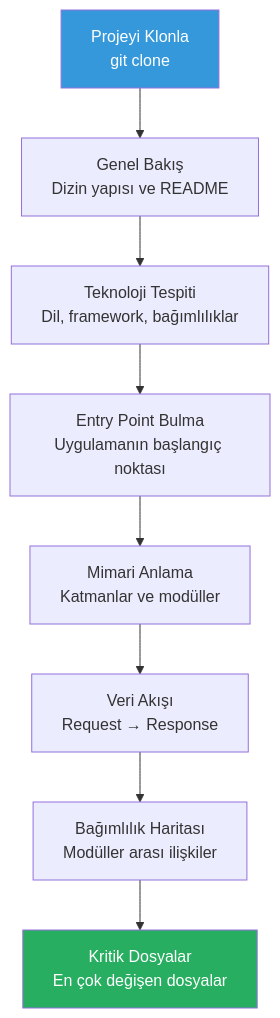
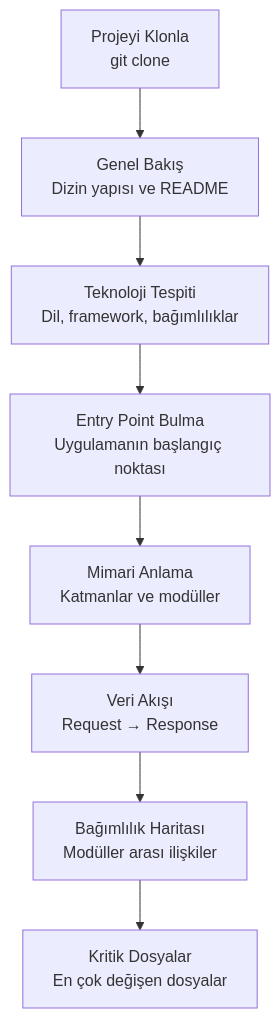
One commit to IzzetYasinAtes/ClaudeCodeHandbook changed the diagram in 20-pratik-senaryolar/01-proje-kesfetme.md. Above: the diagram before and after it, drawn with Mermaid. The commit also changed 97 other files, not shown here.

Commit message:
Remove all custom Mermaid style/fill colors from 98 markdown files for consistent dark theme rendering

````diff
--- a/20-pratik-senaryolar/01-proje-kesfetme.md
+++ b/20-pratik-senaryolar/01-proje-kesfetme.md
@@ -18,13 +18,10 @@
 ```mermaid
 flowchart TD
     A["Projeyi Klonla<br/>git clone"] --> B["Genel Bakış<br/>Dizin yapısı ve README"]
     B --> C["Teknoloji Tespiti<br/>Dil, framework, bağımlılıklar"]
     C --> D["Entry Point Bulma<br/>Uygulamanın başlangıç noktası"]
     D --> E["Mimari Anlama<br/>Katmanlar ve modüller"]
     E --> F["Veri Akışı<br/>Request → Response"]
     F --> G["Bağımlılık Haritası<br/>Modüller arası ilişkiler"]
     G --> H["Kritik Dosyalar<br/>En çok değişen dosyalar"]
-
-    style A fill:#3498DB,color:#fff
-    style H fill:#27AE60,color:#fff
 ```
````
